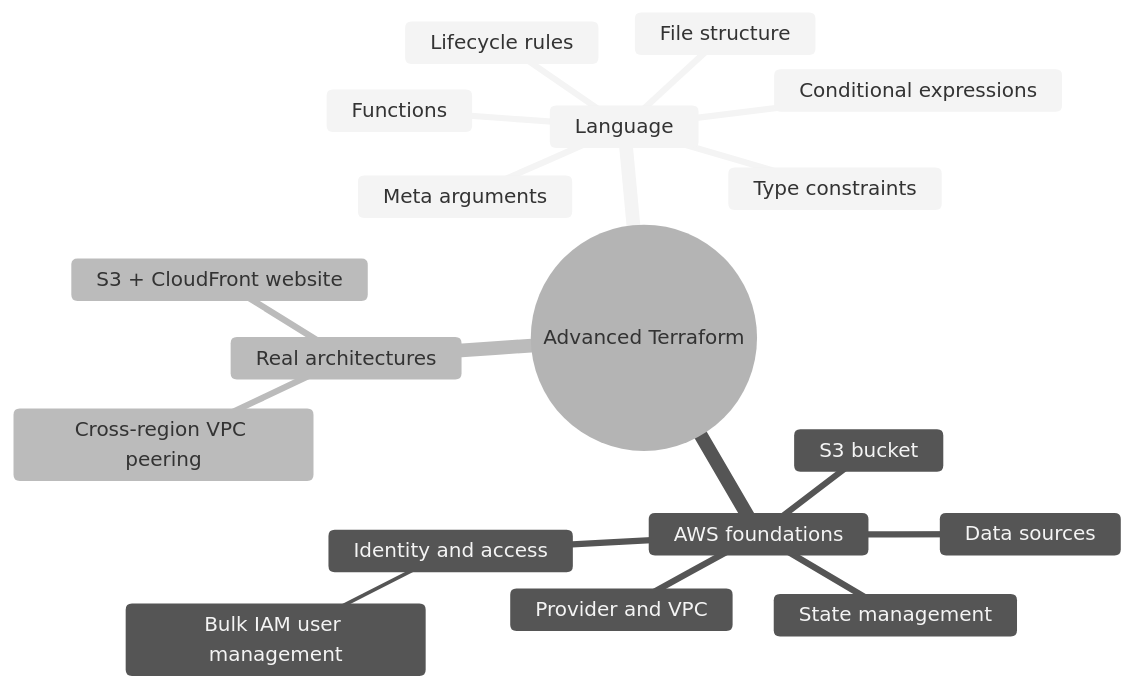
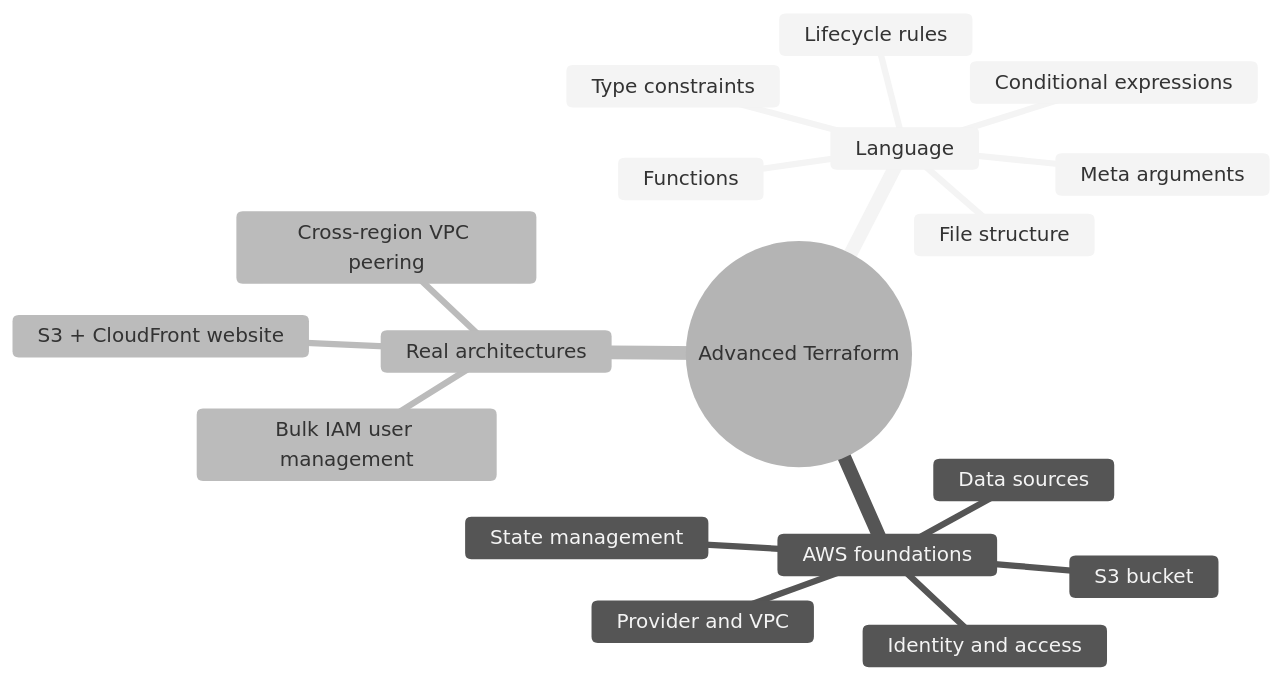
Before and after one commit to Shashwatyarr/Advanced-Terraform: the first of 2 diagrams in README.md, drawn with Mermaid (neutral theme).

````diff
--- a/README.md
+++ b/README.md
@@ -7,21 +7,22 @@
 ```mermaid
 mindmap
   root((Advanced Terraform))
     Language
       Conditional expressions
       Functions
       Type constraints
       Meta arguments
       Lifecycle rules
       File structure
     AWS foundations
       Provider and VPC
       S3 bucket
       Data sources
       State management
       Identity and access
-        Bulk IAM user management
+        
     Real architectures
       S3 + CloudFront website
       Cross-region VPC peering
+      Bulk IAM user management
 ```
````
